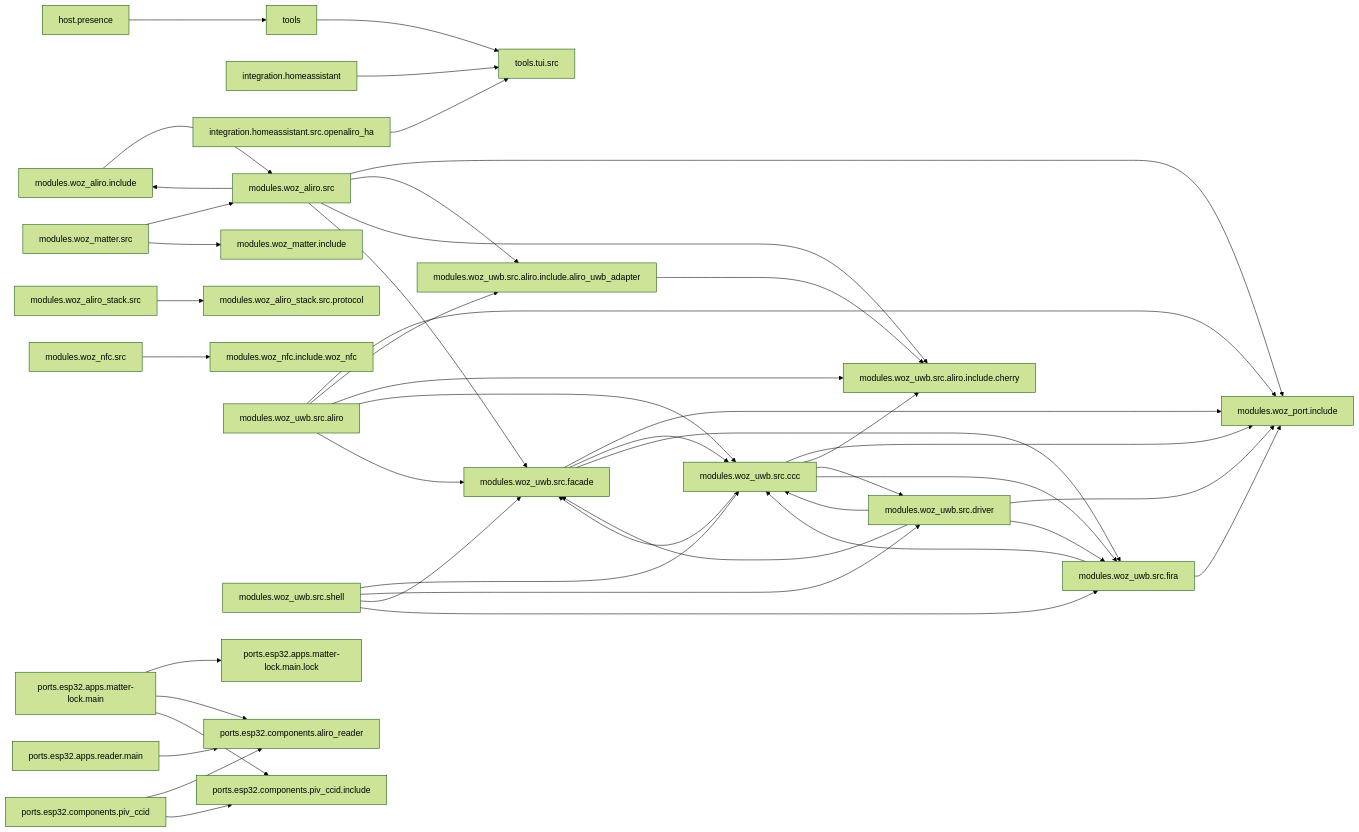
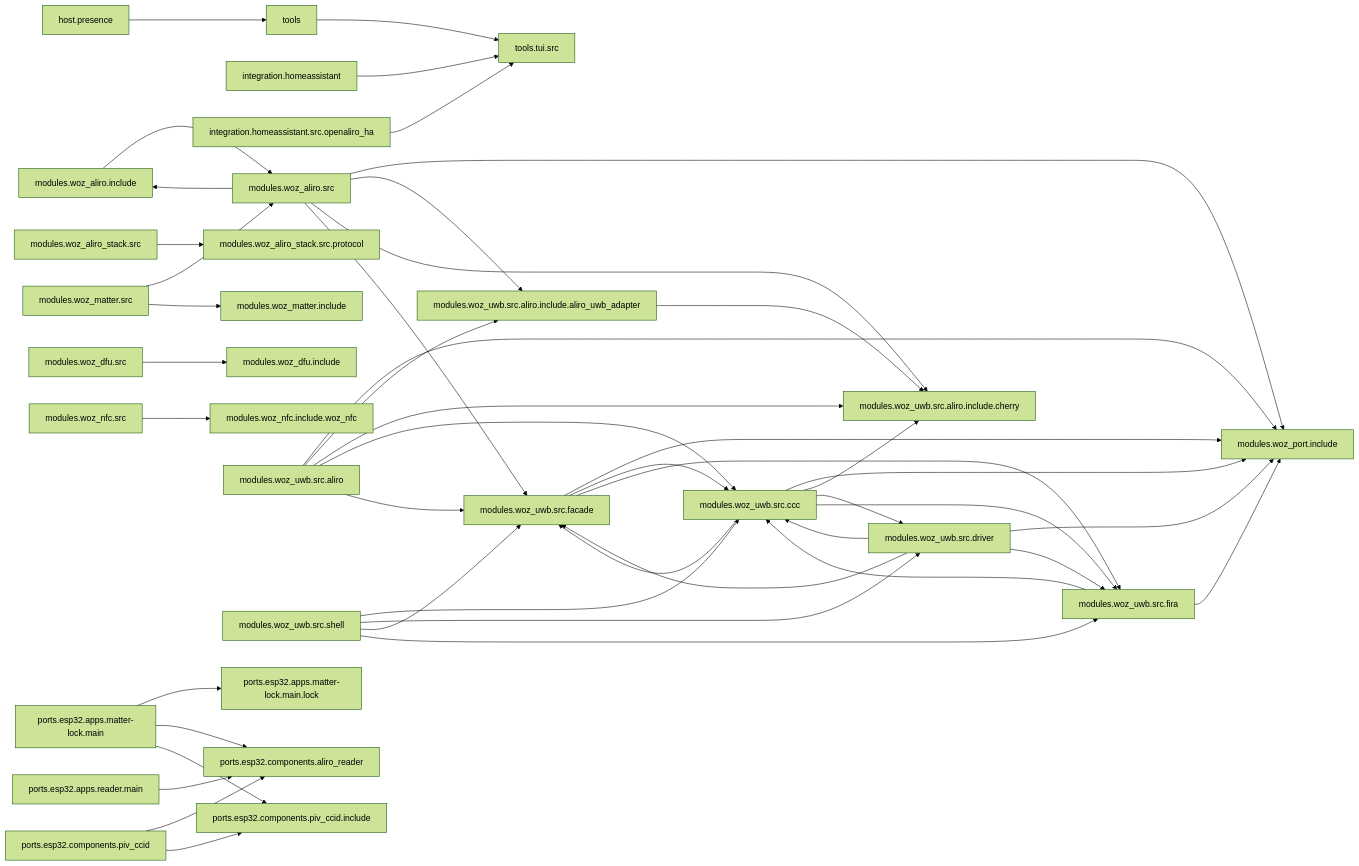
The diagram in docs/ARCHITECTURE.md (jonathan-shc/UWB), drawn with Mermaid (forest theme) before and after one commit. The commit also changed other lines of this file and 23 other files, not shown here.

First line of the commit message:
Add architecture docs for the woz_dfu module and its scripts

````diff
--- a/docs/ARCHITECTURE.md
+++ b/docs/ARCHITECTURE.md
@@ -6,47 +6,48 @@
 ```mermaid
 flowchart LR
   host.presence --> tools
   integration.homeassistant --> tools.tui.src
   integration.homeassistant.src.openaliro_ha --> tools.tui.src
   modules.woz_aliro.include --> modules.woz_aliro.src
   modules.woz_aliro.src --> modules.woz_aliro.include
   modules.woz_aliro.src --> modules.woz_port.include
   modules.woz_aliro.src --> modules.woz_uwb.src.aliro.include.aliro_uwb_adapter
   modules.woz_aliro.src --> modules.woz_uwb.src.aliro.include.cherry
   modules.woz_aliro.src --> modules.woz_uwb.src.facade
   modules.woz_aliro_stack.src --> modules.woz_aliro_stack.src.protocol
+  modules.woz_dfu.src --> modules.woz_dfu.include
   modules.woz_matter.src --> modules.woz_aliro.src
   modules.woz_matter.src --> modules.woz_matter.include
   modules.woz_nfc.src --> modules.woz_nfc.include.woz_nfc
   modules.woz_uwb.src.aliro --> modules.woz_port.include
   modules.woz_uwb.src.aliro --> modules.woz_uwb.src.aliro.include.aliro_uwb_adapter
   modules.woz_uwb.src.aliro --> modules.woz_uwb.src.aliro.include.cherry
   modules.woz_uwb.src.aliro --> modules.woz_uwb.src.ccc
   modules.woz_uwb.src.aliro --> modules.woz_uwb.src.facade
   modules.woz_uwb.src.aliro.include.aliro_uwb_adapter --> modules.woz_uwb.src.aliro.include.cherry
   modules.woz_uwb.src.ccc --> modules.woz_port.include
   modules.woz_uwb.src.ccc --> modules.woz_uwb.src.aliro.include.cherry
   modules.woz_uwb.src.ccc --> modules.woz_uwb.src.driver
   modules.woz_uwb.src.ccc --> modules.woz_uwb.src.facade
   modules.woz_uwb.src.ccc --> modules.woz_uwb.src.fira
   modules.woz_uwb.src.driver --> modules.woz_port.include
   modules.woz_uwb.src.driver --> modules.woz_uwb.src.ccc
   modules.woz_uwb.src.driver --> modules.woz_uwb.src.facade
   modules.woz_uwb.src.driver --> modules.woz_uwb.src.fira
   modules.woz_uwb.src.facade --> modules.woz_port.include
   modules.woz_uwb.src.facade --> modules.woz_uwb.src.ccc
   modules.woz_uwb.src.facade --> modules.woz_uwb.src.fira
   modules.woz_uwb.src.fira --> modules.woz_port.include
   modules.woz_uwb.src.fira --> modules.woz_uwb.src.ccc
   modules.woz_uwb.src.shell --> modules.woz_uwb.src.ccc
   modules.woz_uwb.src.shell --> modules.woz_uwb.src.driver
   modules.woz_uwb.src.shell --> modules.woz_uwb.src.facade
   modules.woz_uwb.src.shell --> modules.woz_uwb.src.fira
   ports.esp32.apps.matter-lock.main --> ports.esp32.apps.matter-lock.main.lock
   ports.esp32.apps.matter-lock.main --> ports.esp32.components.aliro_reader
   ports.esp32.apps.matter-lock.main --> ports.esp32.components.piv_ccid.include
   ports.esp32.apps.reader.main --> ports.esp32.components.aliro_reader
   ports.esp32.components.piv_ccid --> ports.esp32.components.aliro_reader
   ports.esp32.components.piv_ccid --> ports.esp32.components.piv_ccid.include
   tools --> tools.tui.src
 ```
````
